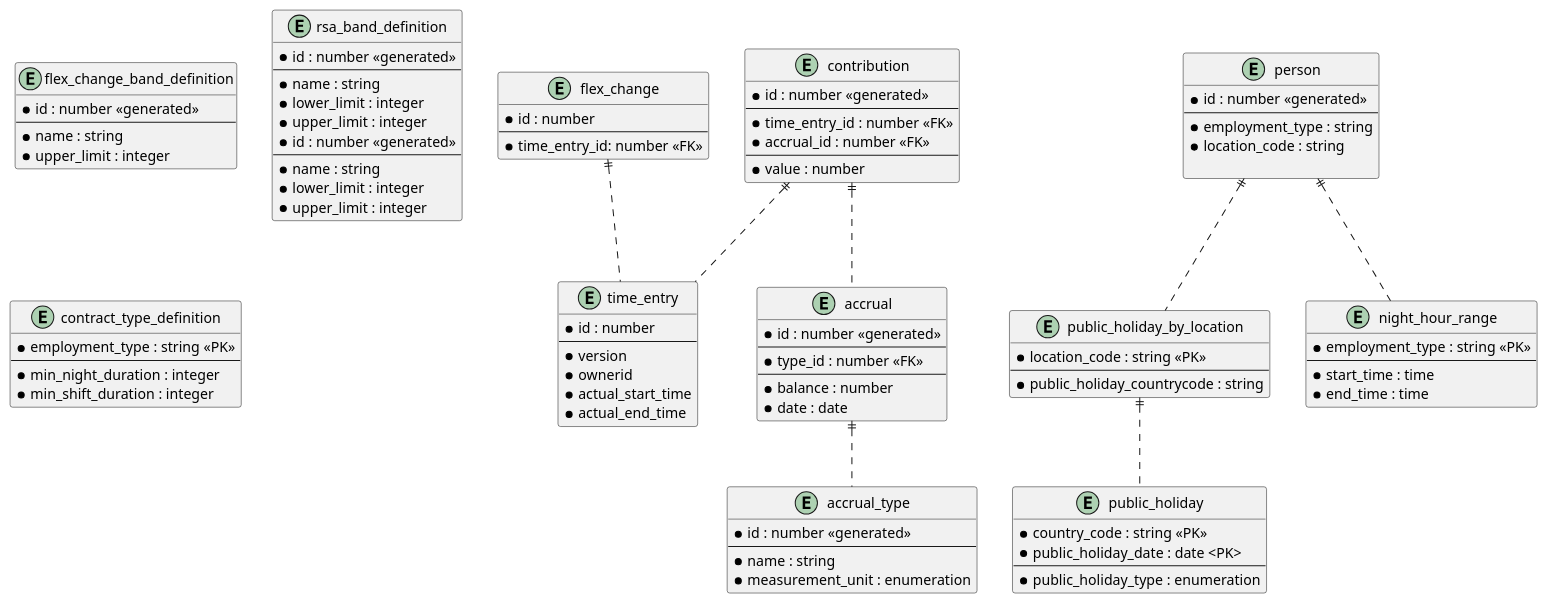
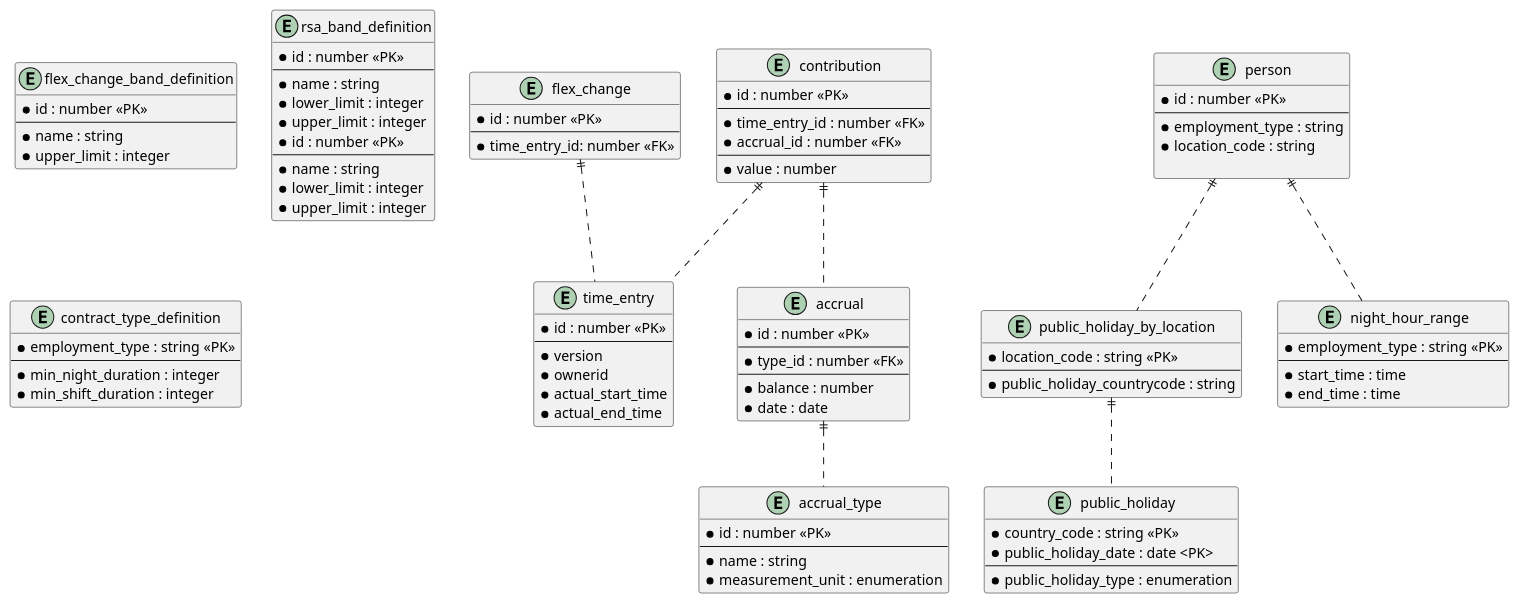
Before and after one commit to UKHomeOffice/callisto-accruals-restapi: the diagram in docs/storage-model.puml, drawn with PlantUML. The commit also changed 1 other file, not shown here.

```diff
--- a/docs/storage-model.puml
+++ b/docs/storage-model.puml
@@ -1,112 +1,111 @@
 @startuml
 
 entity time_entry {
-  * id : number
+  * id : number <<PK>>
   --
   * version
   * ownerid
   * actual_start_time
   * actual_end_time
 }
 
 entity flex_change {
-  * id : number
+  * id : number <<PK>>
   --
   * time_entry_id: number <<FK>>
 }
 
 entity accrual {
-  * id : number <<generated>>
+  * id : number <<PK>>
   --
   * type_id : number <<FK>>
   --
   * balance : number
   * date : date
 }
 
 entity contribution {
-  * id : number <<generated>>
+  * id : number <<PK>>
   --
   * time_entry_id : number <<FK>>
   * accrual_id : number <<FK>>
   --
   * value : number
 }
 
 entity accrual_type {
-  * id : number <<generated>>
+  * id : number <<PK>>
   --
   * name : string
   * measurement_unit : enumeration
 }
 
 accrual ||.. accrual_type
 contribution ||.. accrual
 contribution ||.. time_entry
 flex_change ||.. time_entry
 
 entity person {
-  * id : number <<generated>>
+  * id : number <<PK>>
   --
   * employment_type : string
   * location_code : string
   
 }
 
 entity public_holiday_by_location {
   * location_code : string <<PK>>
   --
   * public_holiday_countrycode : string
 }
 
 entity public_holiday {
   * country_code : string <<PK>>
   * public_holiday_date : date <PK>
   --
   * public_holiday_type : enumeration
 }
 
 person ||.. public_holiday_by_location
 public_holiday_by_location ||.. public_holiday
 
 entity flex_change_band_definition {
-  * id : number <<generated>>
+  * id : number <<PK>>
   --
   * name : string
   * upper_limit : integer
 }
   
 entity rsa_band_definition {
-  * id : number <<generated>>
+  * id : number <<PK>>
   --
   * name : string
   * lower_limit : integer
   * upper_limit : integer
 }
 
 entity rsa_band_definition {
-  * id : number <<generated>>
+  * id : number <<PK>>
   --
   * name : string
   * lower_limit : integer
   * upper_limit : integer
 }
 
 entity night_hour_range {
   * employment_type : string <<PK>>
   --
   * start_time : time
   * end_time : time
 }
 
 person ||.. night_hour_range
 
 entity contract_type_definition {
   * employment_type : string <<PK>>
   --
   * min_night_duration : integer
   * min_shift_duration : integer
 }
 
-
 @enduml
```
